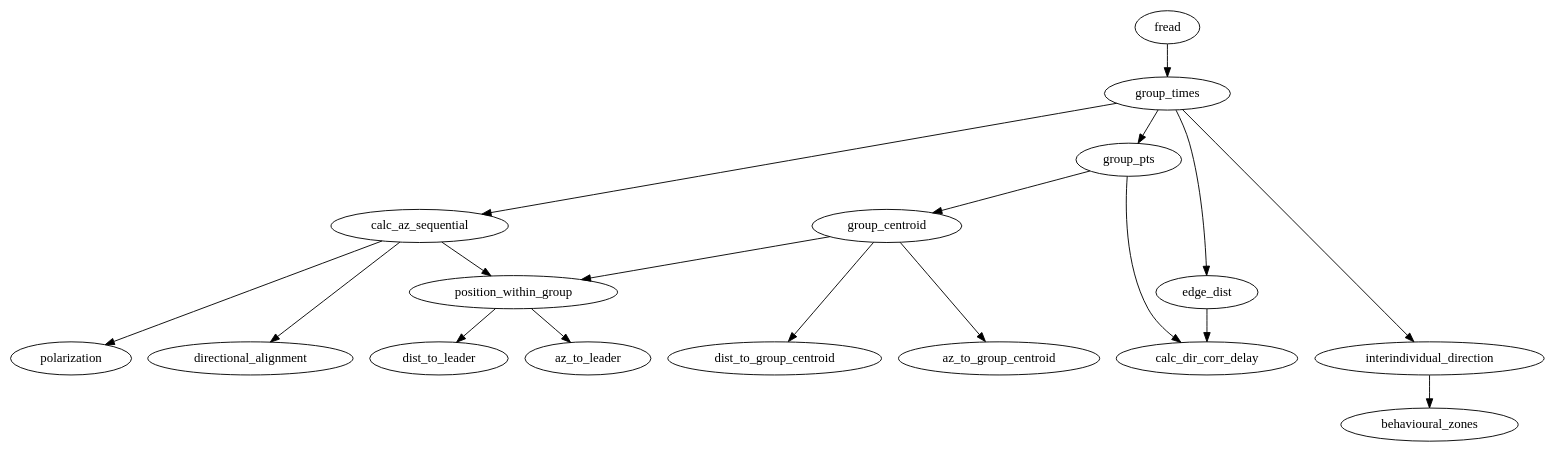
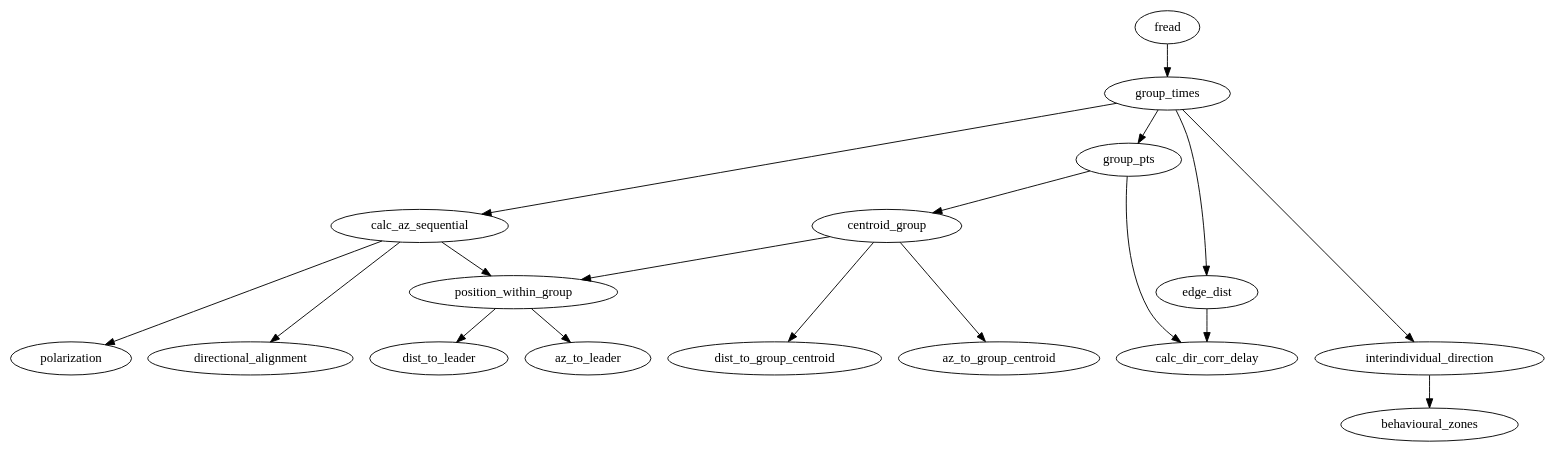
One commit to robitalec/extending-spatsoc-application-paper changed the diagram in zz.gv. Above: the diagram before and after it, drawn with Graphviz.

Commit message:
rename functions

```diff
--- a/zz.gv
+++ b/zz.gv
@@ -1,21 +1,21 @@
 digraph {
   graph [rankdir=TB]
   fread -> group_times
   group_times -> {group_pts; edge_dist; calc_az_sequential}
 
-  group_pts -> group_centroid
-  group_centroid -> {dist_to_group_centroid; az_to_group_centroid}
+  group_pts -> centroid_group
+  centroid_group -> {dist_to_group_centroid; az_to_group_centroid}
 
   group_pts -> calc_dir_corr_delay
   edge_dist -> calc_dir_corr_delay
 
-  {calc_az_sequential; group_centroid} -> position_within_group -> {dist_to_leader; az_to_leader}
+  {calc_az_sequential; centroid_group} -> position_within_group -> {dist_to_leader; az_to_leader}
   calc_az_sequential -> polarization
 
   calc_az_sequential -> directional_alignment
 
   group_times -> interindividual_direction -> behavioural_zones
 
 	{rank=same; dist_to_leader; dist_to_group_centroid; az_to_leader; az_to_group_centroid; calc_dir_corr_delay; polarization; directional_alignment; interindividual_direction;}
 
 }
```
